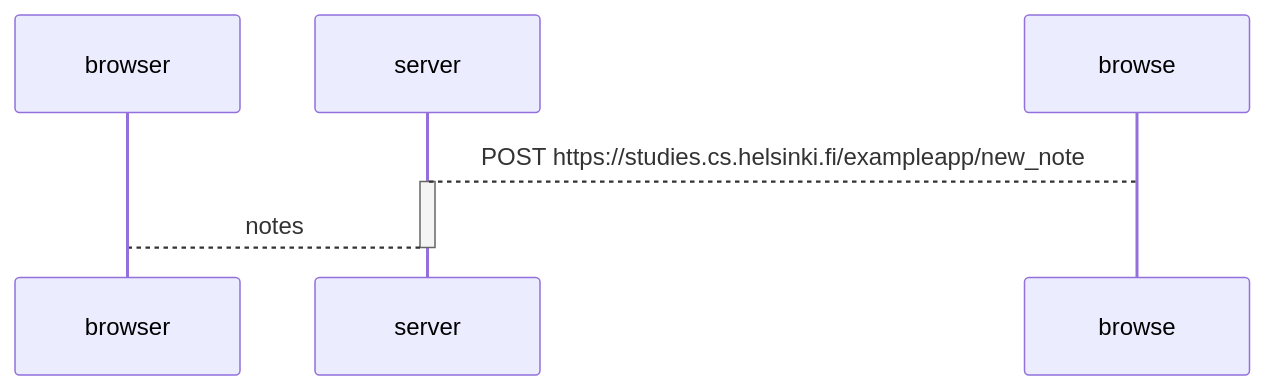
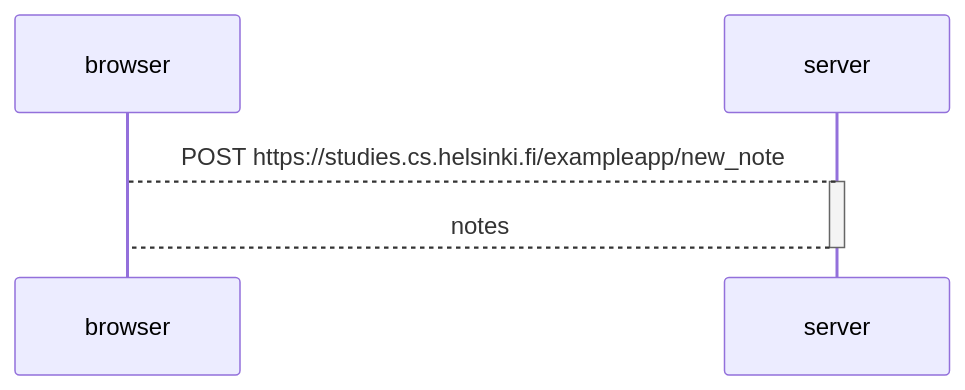
Before and after one commit to Plannr36/FullStack-Course-University-of-Helsinki: the diagram in part 0/README.md, drawn with Mermaid.

````diff
--- a/part 0/README.md
+++ b/part 0/README.md
@@ -5,10 +5,10 @@
 ```mermaid
 sequenceDiagram
     participant browser
     participant server
 
-    browse-->server: POST https://studies.cs.helsinki.fi/exampleapp/new_note
+    browser-->server: POST https://studies.cs.helsinki.fi/exampleapp/new_note
     activate server
     server-->browser: notes
     deactivate server
 ```
````
